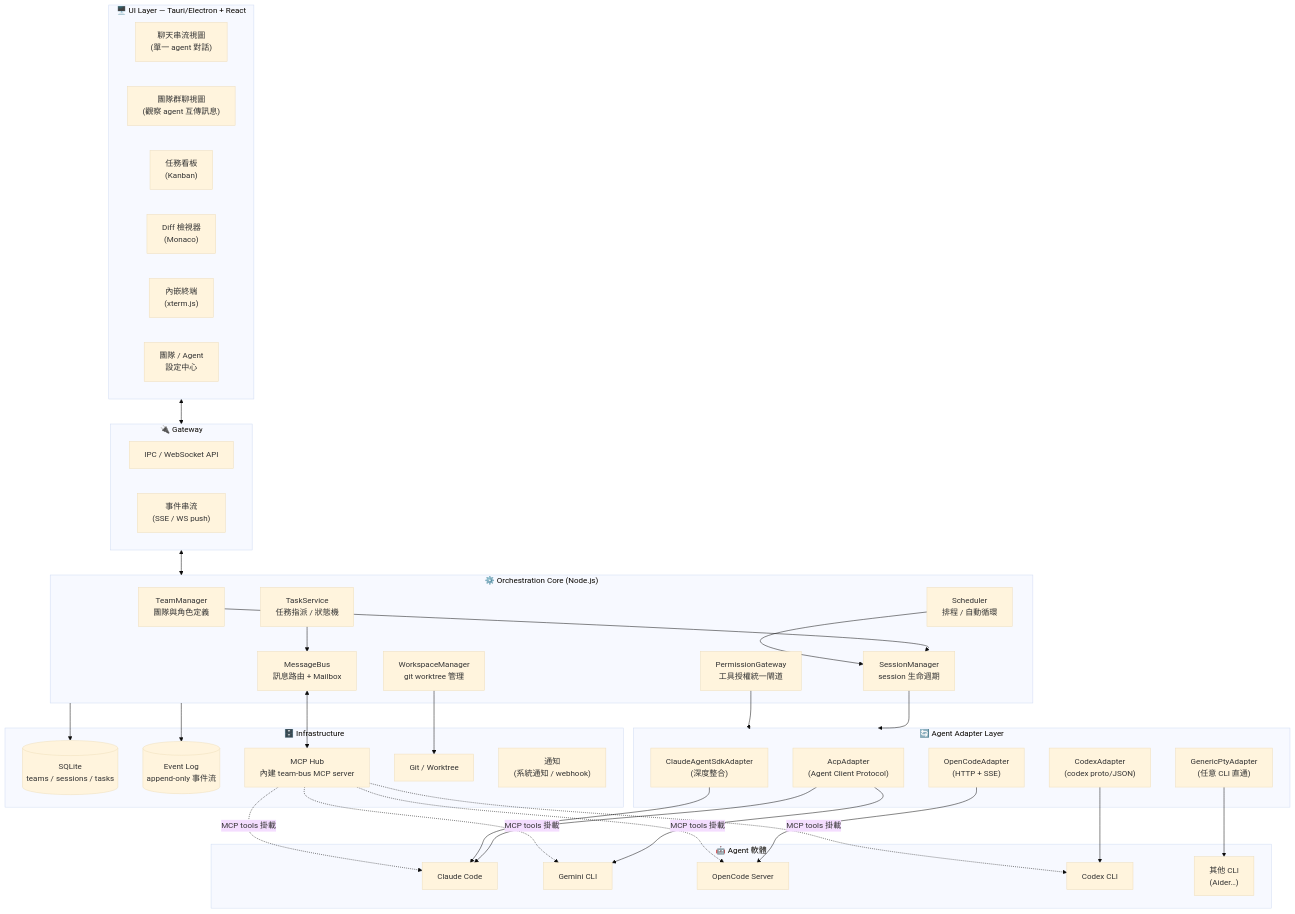
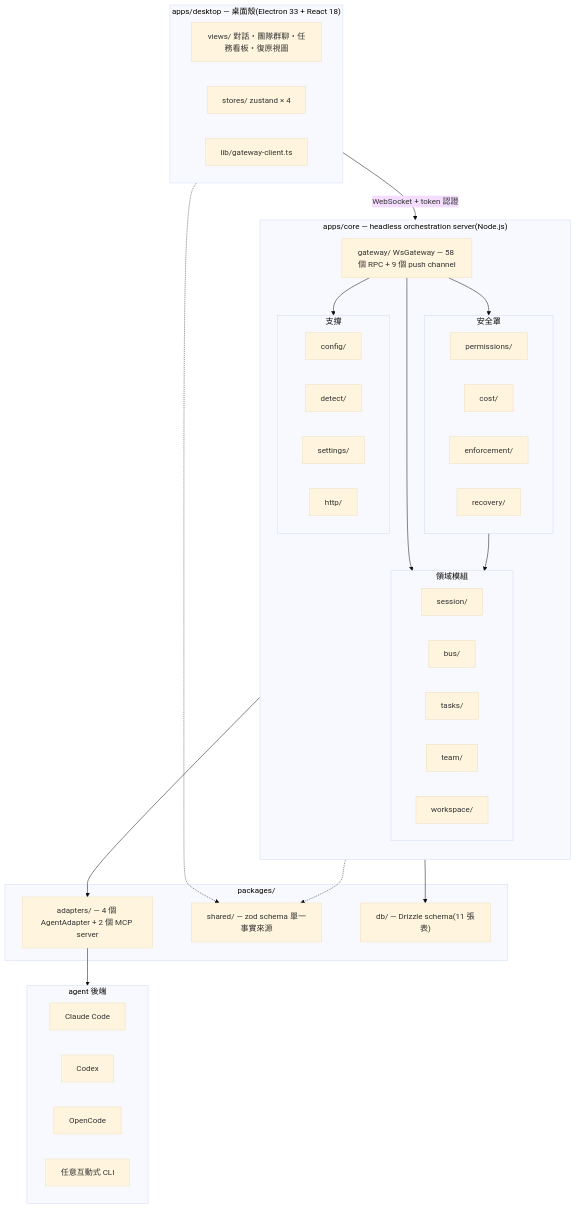
One commit to xing-101729/deskmony changed the first of 6 diagrams in docs/ARCHITECTURE.md. Above: the diagram before and after it, drawn with Mermaid (base theme). The commit also changed other lines of this file and 3 other files, not shown here.

First line of the commit message:
Rewrite ARCHITECTURE.md from the actual source code

````diff
--- a/docs/ARCHITECTURE.md
+++ b/docs/ARCHITECTURE.md
@@ -28,75 +40,61 @@
 ```mermaid
 flowchart TB
-    subgraph UI["🖥️ UI Layer — Tauri/Electron + React"]
+    subgraph SHELL["apps/desktop — 桌面殼(Electron 33 + React 18)"]
         direction LR
-        ChatView["聊天串流視圖<br/>(單一 agent 對話)"]
-        TeamChat["團隊群聊視圖<br/>(觀察 agent 互傳訊息)"]
-        TaskBoard["任務看板<br/>(Kanban)"]
-        DiffView["Diff 檢視器<br/>(Monaco)"]
-        Term["內嵌終端<br/>(xterm.js)"]
-        Settings["團隊 / Agent<br/>設定中心"]
+        Views["views/ 對話・團隊群聊・任務看板・復原視圖"]
+        Stores["stores/ zustand × 4"]
+        GWC["lib/gateway-client.ts"]
     end
 
-    subgraph GW["🔌 Gateway"]
-        IPC["IPC / WebSocket API"]
-        EventStream["事件串流<br/>(SSE / WS push)"]
+    subgraph CORE["apps/core — headless orchestration server(Node.js)"]
+        direction TB
+        GW["gateway/ WsGateway — 58 個 RPC + 9 個 push channel"]
+        subgraph DOMAIN["領域模組"]
+            direction LR
+            Sess["session/"]
+            Bus["bus/"]
+            Task["tasks/"]
+            Team["team/"]
+            Work["workspace/"]
+        end
+        subgraph SHIELD["安全罩"]
+            direction LR
+            Perm["permissions/"]
+            Cost["cost/"]
+            Enf["enforcement/"]
+            Rec["recovery/"]
+        end
+        subgraph SUPPORT["支撐"]
+            direction LR
+            Cfg["config/"]
+            Det["detect/"]
+            Set["settings/"]
+            Http["http/"]
+        end
     end
 
-    subgraph CORE["⚙️ Orchestration Core (Node.js)"]
-        TeamMgr["TeamManager<br/>團隊與角色定義"]
-        SessMgr["SessionManager<br/>session 生命週期"]
-        MsgBus["MessageBus<br/>訊息路由 + Mailbox"]
-        TaskSvc["TaskService<br/>任務指派 / 狀態機"]
-        PermGW["PermissionGateway<br/>工具授權統一閘道"]
-        WsMgr["WorkspaceManager<br/>git worktree 管理"]
-        Sched["Scheduler<br/>排程 / 自動循環"]
+    subgraph PKG["packages/"]
+        Adapters["adapters/ — 4 個 AgentAdapter + 2 個 MCP server"]
+        Shared["shared/ — zod schema 單一事實來源"]
+        Db["db/ — Drizzle schema(11 張表)"]
     end
 
-    subgraph ADPT["🔄 Agent Adapter Layer"]
-        ACP["AcpAdapter<br/>(Agent Client Protocol)"]
-        SDK["ClaudeAgentSdkAdapter<br/>(深度整合)"]
-        OC["OpenCodeAdapter<br/>(HTTP + SSE)"]
-        CX["CodexAdapter<br/>(codex proto/JSON)"]
-        PTY["GenericPtyAdapter<br/>(任意 CLI 直通)"]
+    subgraph BACKENDS["agent 後端"]
+        direction LR
+        CC["Claude Code"]
+        CDX["Codex"]
+        OCS["OpenCode"]
+        ANY["任意互動式 CLI"]
     end
 
-    subgraph AGENTS["🤖 Agent 軟體"]
-        CC["Claude Code"]
-        GM["Gemini CLI"]
-        OCS["OpenCode Server"]
-        CDX["Codex CLI"]
-        ANY["其他 CLI<br/>(Aider…)"]
-    end
-
-    subgraph INFRA["🗄️ Infrastructure"]
-        DB[("SQLite<br/>teams / sessions / tasks")]
-        ELog[("Event Log<br/>append-only 事件流")]
-        MCPHub["MCP Hub<br/>內建 team-bus MCP server"]
-        Git["Git / Worktree"]
-        Notify["通知<br/>(系統通知 / webhook)"]
-    end
-
-    UI <--> GW
-    GW <--> CORE
-    TeamMgr --> SessMgr
-    SessMgr --> ADPT
-    MsgBus <--> MCPHub
-    TaskSvc --> MsgBus
-    PermGW --> ADPT
-    WsMgr --> Git
-    CORE --> DB
-    CORE --> ELog
-    Sched --> SessMgr
-
-    ACP --> CC
-    ACP --> GM
-    SDK --> CC
-    OC --> OCS
-    CX --> CDX
-    PTY --> ANY
-
-    MCPHub -.MCP tools 掛載.-> CC
-    MCPHub -.MCP tools 掛載.-> GM
-    MCPHub -.MCP tools 掛載.-> OCS
-    MCPHub -.MCP tools 掛載.-> CDX
+    SHELL -- "WebSocket + token 認證" --> GW
+    GW --> DOMAIN
+    GW --> SHIELD
+    GW --> SUPPORT
+    DOMAIN --> Adapters
+    SHIELD --> DOMAIN
+    CORE --> Db
+    Adapters --> BACKENDS
+    SHELL -.-> Shared
+    CORE -.-> Shared
 ```
````
